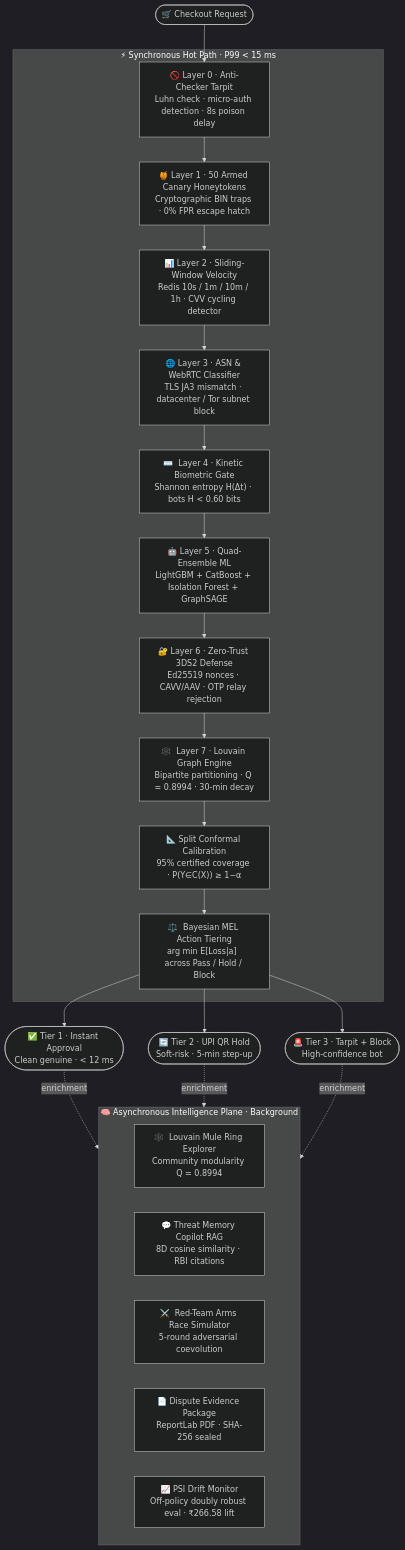
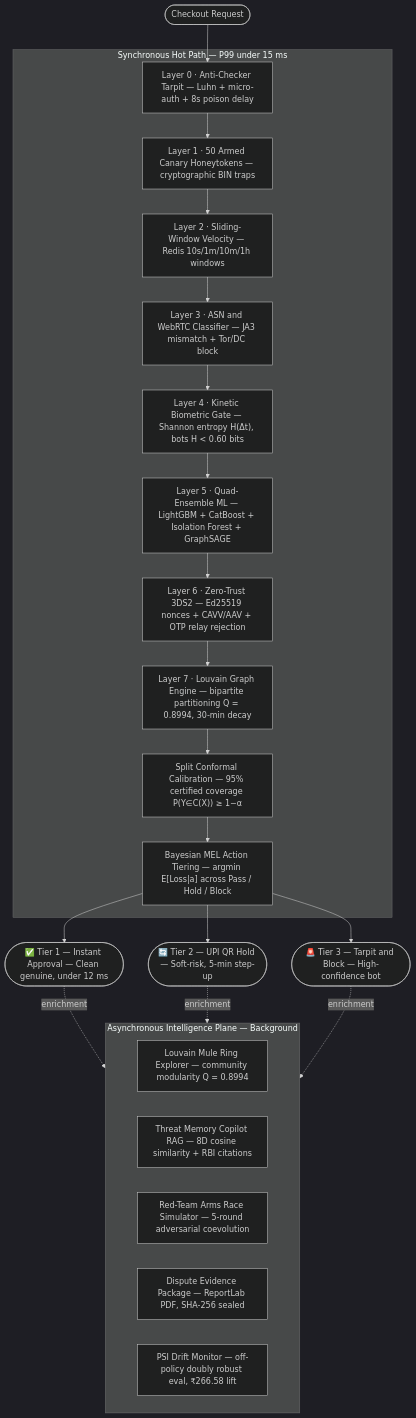
One commit to GeekLuffy/RazorVigil changed the first of 3 diagrams in README.md. Above: the diagram before and after it, drawn with Mermaid (dark theme). The commit also changed other lines of this file, not shown here.

Commit message:
fix(readme): resolve Mermaid and KaTeX GitHub rendering failures
- Strip all \n escape sequences from Mermaid node labels (GitHub parser
  does not support \n inside quoted labels)
- Remove emoji from subgraph/node labels where < char was causing parse
  errors; use em-dash separator instead
- xychart-beta horizontal -> xychart-beta (GitHub Mermaid does not
  support 'horizontal' keyword)
- \operatorname{Quantile} -> \text{Quantile} (operatorname blocked)
- Remove duplicate DR formula fragment from previous edit

````diff
--- a/README.md
+++ b/README.md
@@ -53,35 +53,35 @@
 ```mermaid
 flowchart TD
-    REQ([🛒 Checkout Request]) --> L0
+    REQ([Checkout Request]) --> L0
 
-    subgraph HOT["⚡ Synchronous Hot Path  ·  P99 < 15 ms"]
-        L0["🚫 Layer 0 · Anti-Checker Tarpit\nLuhn check · micro-auth detection · 8s poison delay"]
-        L1["🍯 Layer 1 · 50 Armed Canary Honeytokens\nCryptographic BIN traps · 0% FPR escape hatch"]
-        L2["📊 Layer 2 · Sliding-Window Velocity\nRedis 10s / 1m / 10m / 1h · CVV cycling detector"]
-        L3["🌐 Layer 3 · ASN & WebRTC Classifier\nTLS JA3 mismatch · datacenter / Tor subnet block"]
-        L4["⌨️  Layer 4 · Kinetic Biometric Gate\nShannon entropy H(Δt) · bots H < 0.60 bits"]
-        L5["🤖 Layer 5 · Quad-Ensemble ML\nLightGBM + CatBoost + Isolation Forest + GraphSAGE"]
-        L6["🔐 Layer 6 · Zero-Trust 3DS2 Defense\nEd25519 nonces · CAVV/AAV · OTP relay rejection"]
-        L7["🕸️  Layer 7 · Louvain Graph Engine\nBipartite partitioning · Q = 0.8994 · 30-min decay"]
-        CF["📐 Split Conformal Calibration\n95% certified coverage · P(Y∈C(X)) ≥ 1−α"]
-        MEL["⚖️  Bayesian MEL Action Tiering\narg min E[Loss|a]  across Pass / Hold / Block"]
+    subgraph HOT["Synchronous Hot Path — P99 under 15 ms"]
+        L0["Layer 0 · Anti-Checker Tarpit — Luhn + micro-auth + 8s poison delay"]
+        L1["Layer 1 · 50 Armed Canary Honeytokens — cryptographic BIN traps"]
+        L2["Layer 2 · Sliding-Window Velocity — Redis 10s/1m/10m/1h windows"]
+        L3["Layer 3 · ASN and WebRTC Classifier — JA3 mismatch + Tor/DC block"]
+        L4["Layer 4 · Kinetic Biometric Gate — Shannon entropy H(Δt), bots H < 0.60 bits"]
+        L5["Layer 5 · Quad-Ensemble ML — LightGBM + CatBoost + Isolation Forest + GraphSAGE"]
+        L6["Layer 6 · Zero-Trust 3DS2 — Ed25519 nonces + CAVV/AAV + OTP relay rejection"]
+        L7["Layer 7 · Louvain Graph Engine — bipartite partitioning Q = 0.8994, 30-min decay"]
+        CF["Split Conformal Calibration — 95% certified coverage P(Y∈C(X)) ≥ 1−α"]
+        MEL["Bayesian MEL Action Tiering — argmin E[Loss|a] across Pass / Hold / Block"]
 
         L0 --> L1 --> L2 --> L3 --> L4 --> L5 --> L6 --> L7 --> CF --> MEL
     end
 
     MEL --> T1 & T2 & T3
 
-    T1(["✅ Tier 1 · Instant Approval\nClean genuine · < 12 ms"])
-    T2(["🔄 Tier 2 · UPI QR Hold\nSoft-risk · 5-min step-up"])
-    T3(["🚨 Tier 3 · Tarpit + Block\nHigh-confidence bot"])
+    T1(["✅ Tier 1 — Instant Approval — Clean genuine, under 12 ms"])
+    T2(["🔄 Tier 2 — UPI QR Hold — Soft-risk, 5-min step-up"])
+    T3(["🚨 Tier 3 — Tarpit and Block — High-confidence bot"])
 
-    subgraph ASYNC["🧠 Asynchronous Intelligence Plane  ·  Background"]
-        A1["🕸️  Louvain Mule Ring Explorer\nCommunity modularity Q = 0.8994"]
-        A2["💬 Threat Memory Copilot RAG\n8D cosine similarity · RBI citations"]
-        A3["⚔️  Red-Team Arms Race Simulator\n5-round adversarial coevolution"]
-        A4["📄 Dispute Evidence Package\nReportLab PDF · SHA-256 sealed"]
-        A5["📈 PSI Drift Monitor\nOff-policy doubly robust eval · ₹266.58 lift"]
+    subgraph ASYNC["Asynchronous Intelligence Plane — Background"]
+        A1["Louvain Mule Ring Explorer — community modularity Q = 0.8994"]
+        A2["Threat Memory Copilot RAG — 8D cosine similarity + RBI citations"]
+        A3["Red-Team Arms Race Simulator — 5-round adversarial coevolution"]
+        A4["Dispute Evidence Package — ReportLab PDF, SHA-256 sealed"]
+        A5["PSI Drift Monitor — off-policy doubly robust eval, ₹266.58 lift"]
     end
 
     T1 & T2 & T3 -.->|enrichment| ASYNC
 ```
````
